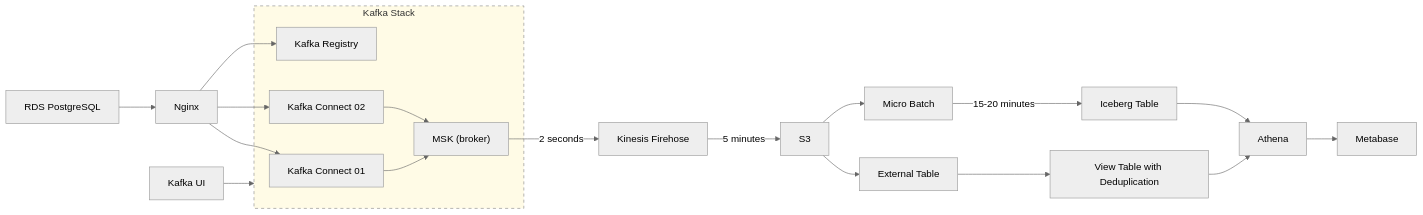
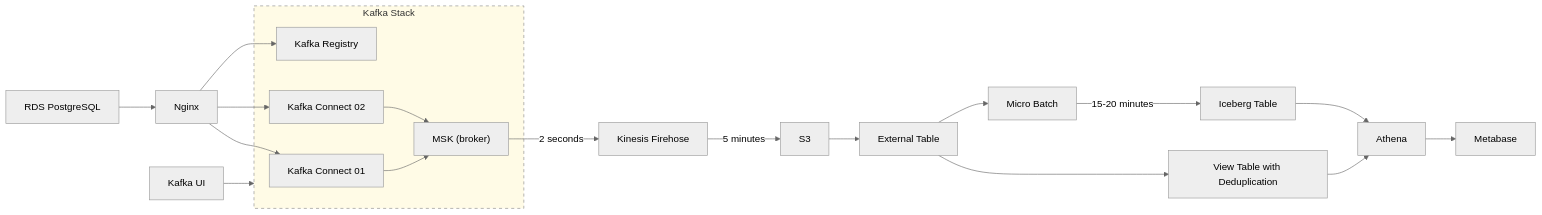
One commit to rudy-prietno/streamlake changed the diagram in README.md. Above: the diagram before and after it, drawn with Mermaid (neutral theme).

````diff
--- a/README.md
+++ b/README.md
@@ -7,52 +7,52 @@
 ```mermaid
 flowchart LR
   %% ===== Left block =====
   DB[RDS PostgreSQL]
   NGINX[Nginx]
 
   subgraph KAFKA_STACK[Kafka Stack]
     KC1["Kafka Connect 01"]
     KC2["Kafka Connect 02"]
     REG["Kafka Registry"]
     MSK["MSK (broker)"]
   end
 
   KUI["Kafka UI"]
 
   %% ===== Middle / Right block =====
   KFH["Kinesis Firehose"]
   S3["S3"]
   EXT["External Table"]
   VIEW["View Table with Deduplication"]
   ATH["Athena"]
   META["Metabase"]
   MB["Micro Batch"]
   ICE["Iceberg Table"]
 
   %% ===== Flows =====
   DB --> NGINX
   NGINX --> KC1
   NGINX --> KC2
   NGINX --> REG
   KC1 --> MSK
   KC2 --> MSK
 
   %% Kafka UI points to the whole stack
   KUI --> KAFKA_STACK
 
   %% Stream to Firehose and S3
   MSK -- "2 seconds" --> KFH
   KFH -- "5 minutes" --> S3
 
   %% S3 -> Athena via External Table
   S3 --> EXT --> VIEW --> ATH
   ATH --> META
 
   %% Micro-batch path to Iceberg
-  S3 --> MB
+  EXT --> MB
   MB -- "15-20 minutes" --> ICE
   ICE --> ATH
 
   %% Optional style for the stack area
   style KAFKA_STACK fill:#fffbe6,stroke:#888,stroke-width:1px,stroke-dasharray: 5 5
 ```
````
